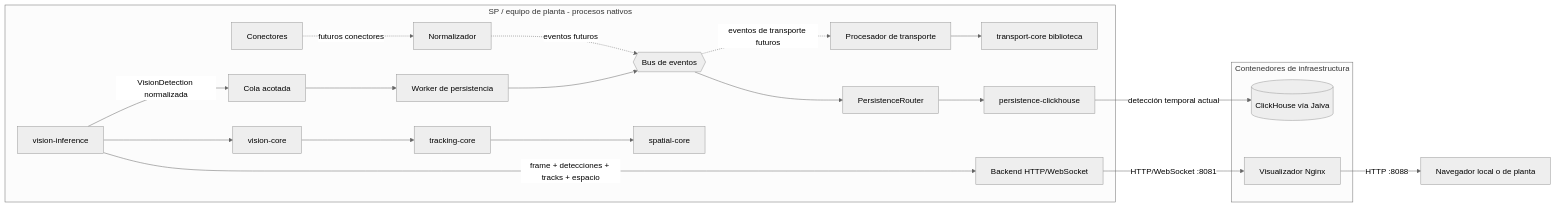
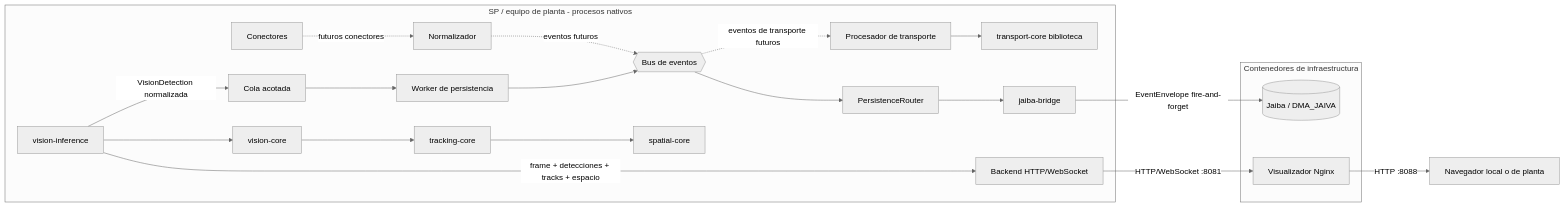
The ninth of 9 diagrams in core/rs/ARCHITECTURE.md (dfr2098/broder), drawn with Mermaid (neutral theme) before and after one commit. The commit also changed other lines of this file and 26 other files, not shown here.

First line of the commit message:
Make Jaiba the only Broder persistence boundary.

````diff
--- a/core/rs/ARCHITECTURE.md
+++ b/core/rs/ARCHITECTURE.md
@@ -370,38 +370,38 @@
 ```mermaid
 flowchart LR
     subgraph SP[SP / equipo de planta - procesos nativos]
         CON[Conectores]
         NOR[Normalizador]
         BUS{{Bus de eventos}}
         TP[Procesador de transporte]
         TR[transport-core biblioteca]
         VIS[vision-inference]
         VC[vision-core]
         TC[tracking-core]
         SC[spatial-core]
         WSB[Backend HTTP/WebSocket]
         Q[Cola acotada]
         PW[Worker de persistencia]
         PR[PersistenceRouter]
-        PGA[persistence-clickhouse]
+        PGA[jaiba-bridge]
 
         CON -. futuros conectores .-> NOR
         NOR -. eventos futuros .-> BUS
         BUS -. eventos de transporte futuros .-> TP --> TR
         VIS --> VC
         VC --> TC
         TC --> SC
         VIS -->|frame + detecciones + tracks + espacio| WSB
         VIS -->|VisionDetection normalizada| Q --> PW --> BUS
         BUS --> PR --> PGA
     end
 
     subgraph DOCKER[Contenedores de infraestructura]
-        CH[(ClickHouse vía Jaiva)]
+        JB[(Jaiba / DMA_JAIVA)]
         WEB[Visualizador Nginx]
     end
 
-    PGA -->|detección temporal actual| CH
+    PGA -->|EventEnvelope fire-and-forget| JB
     WSB -->|HTTP/WebSocket :8081| WEB
     WEB -->|HTTP :8088| BROWSER[Navegador local o de planta]
 ```
````
